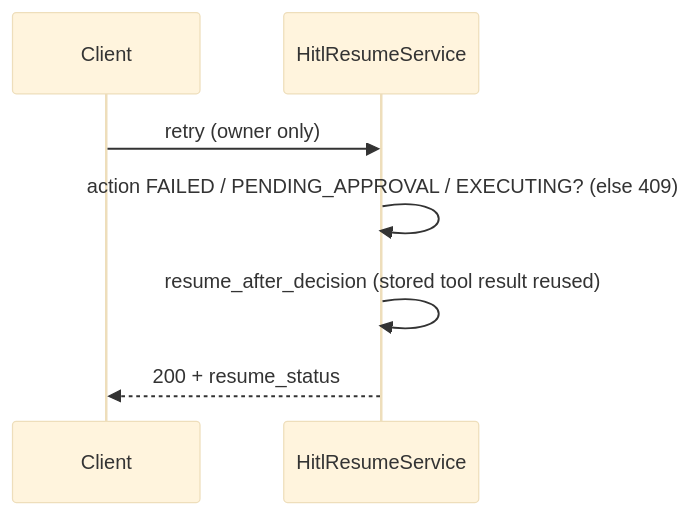
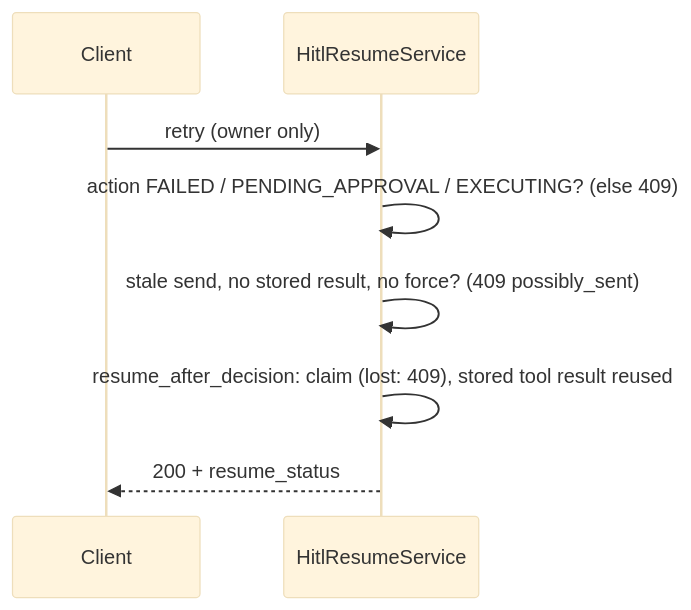
One commit to bharatkse/juris-ai changed the fifth of 5 diagrams in server/src/agentic/README.md. Above: the diagram before and after it, drawn with Mermaid (base theme). The commit also changed other lines of this file and 74 other files, not shown here.

````diff
--- a/server/src/agentic/README.md
+++ b/server/src/agentic/README.md
@@ -336,9 +354,10 @@
 ```mermaid
 sequenceDiagram
     participant C as Client
     participant HR as HitlResumeService
     C->>HR: retry (owner only)
     HR->>HR: action FAILED / PENDING_APPROVAL / EXECUTING? (else 409)
-    HR->>HR: resume_after_decision (stored tool result reused)
+    HR->>HR: stale send, no stored result, no force? (409 possibly_sent)
+    HR->>HR: resume_after_decision: claim (lost: 409), stored tool result reused
     HR-->>C: 200 + resume_status
 ```
````
